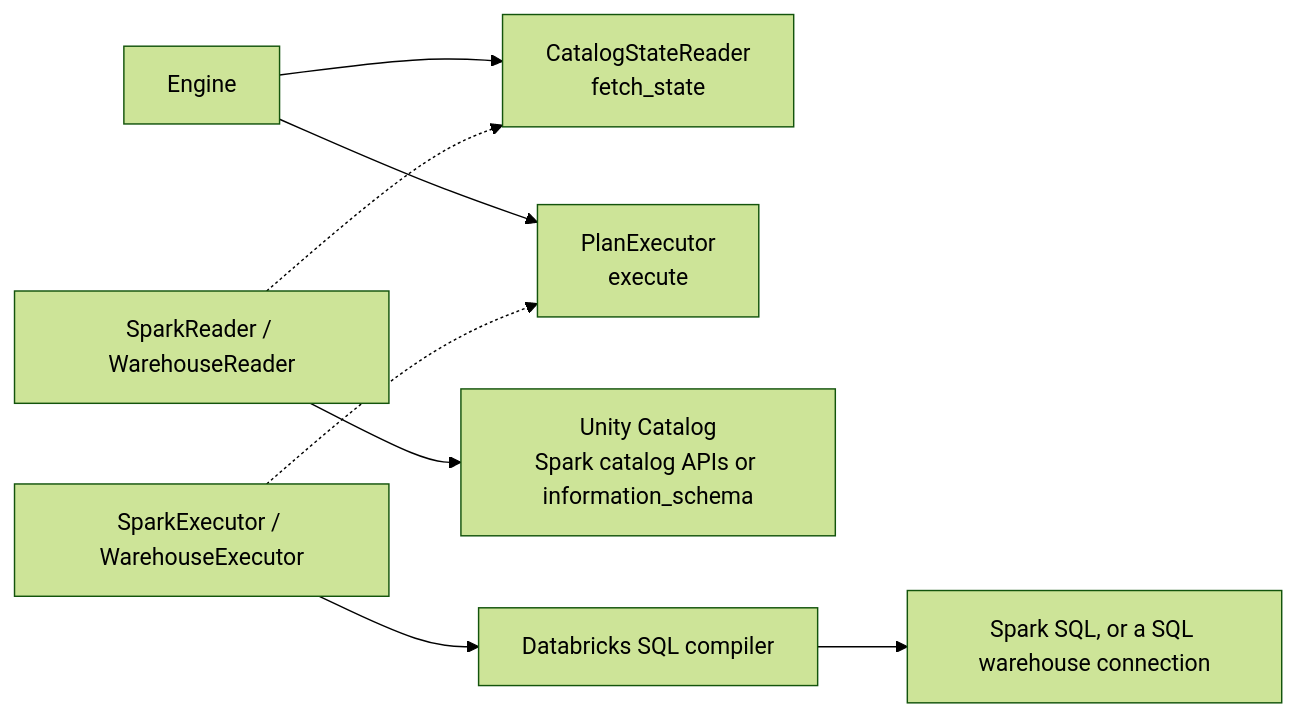
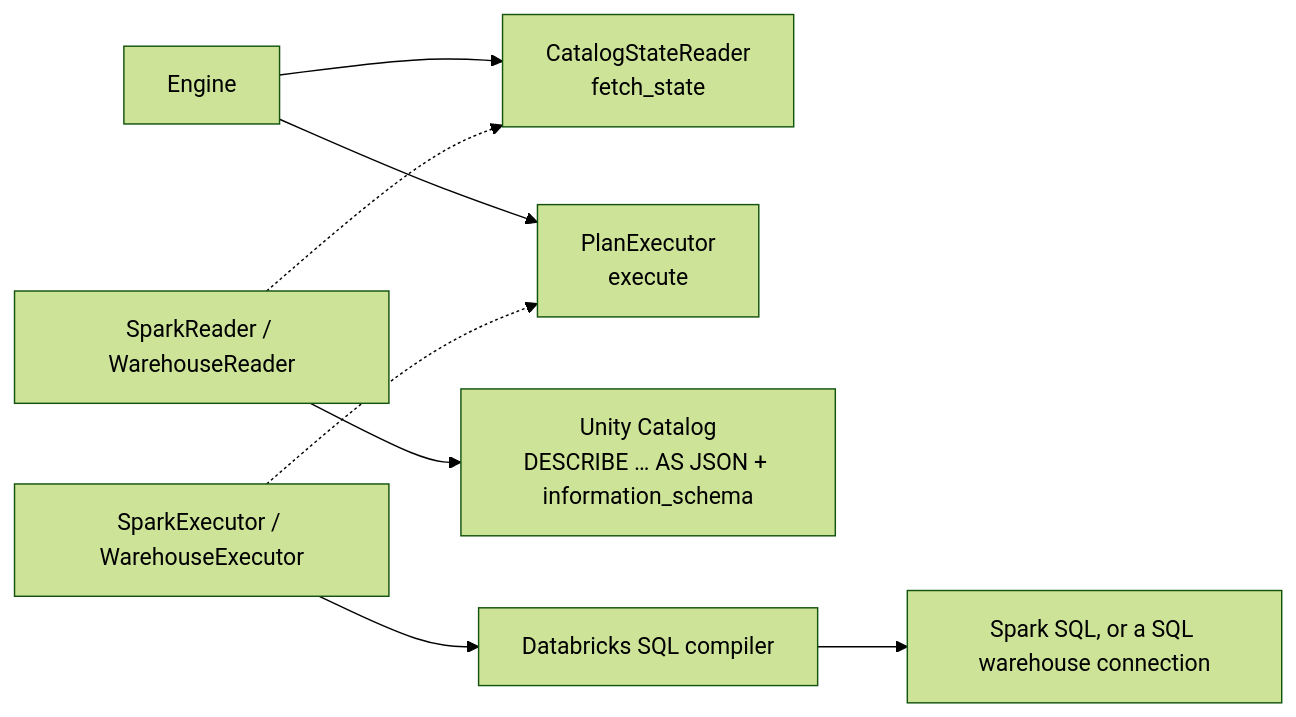
The second of 5 diagrams in docs/explanation-architecture.md (Tomoscorbin/delta-engine), drawn with Mermaid (forest theme) before and after one commit. The commit also changed other lines of this file and 3 other files, not shown here.

````diff
--- a/docs/explanation-architecture.md
+++ b/docs/explanation-architecture.md
@@ -89,19 +89,19 @@
 ```mermaid
 flowchart LR
     Engine[Engine]
     ReaderPort[CatalogStateReader<br/>fetch_state]
     ExecutorPort[PlanExecutor<br/>execute]
     Reader[SparkReader / WarehouseReader]
     Executor[SparkExecutor / WarehouseExecutor]
-    Catalog[Unity Catalog<br/>Spark catalog APIs or information_schema]
+    Catalog[Unity Catalog<br/>DESCRIBE … AS JSON + information_schema]
     Compiler[Databricks SQL compiler]
     Spark[Spark SQL, or a SQL warehouse connection]
 
     Engine --> ReaderPort
     Engine --> ExecutorPort
     Reader -.-> ReaderPort
     Executor -.-> ExecutorPort
     Reader --> Catalog
     Executor --> Compiler
     Compiler --> Spark
 ```
````
